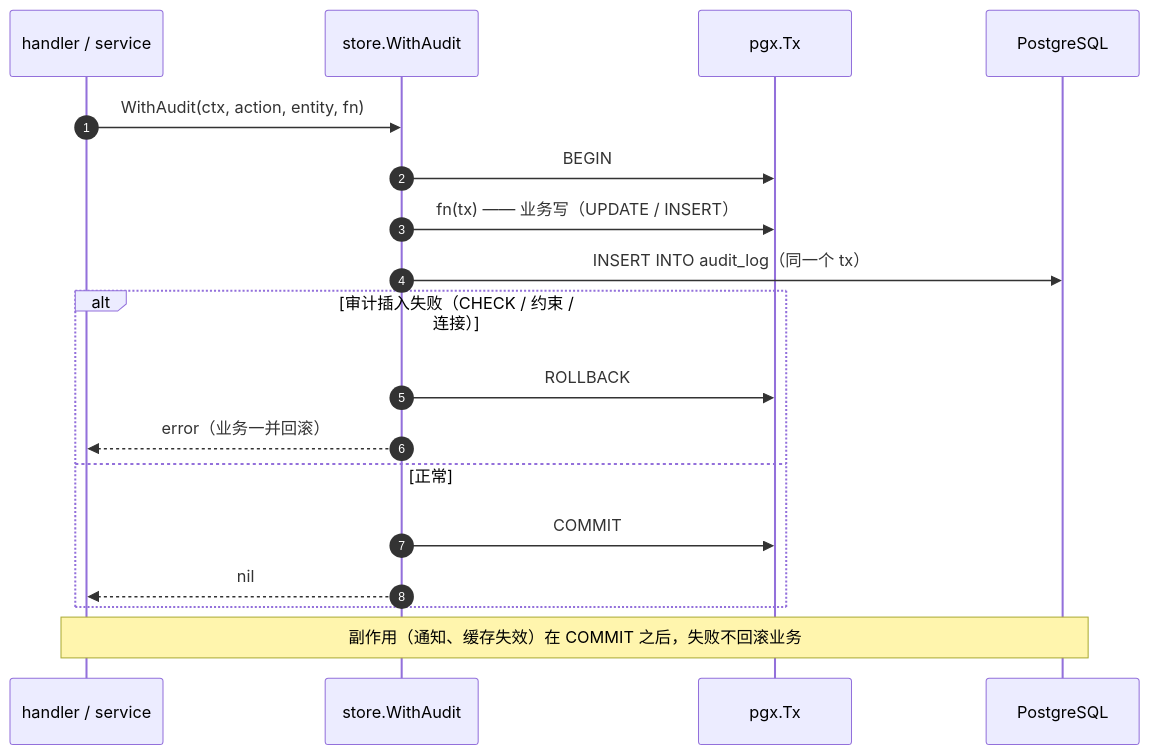
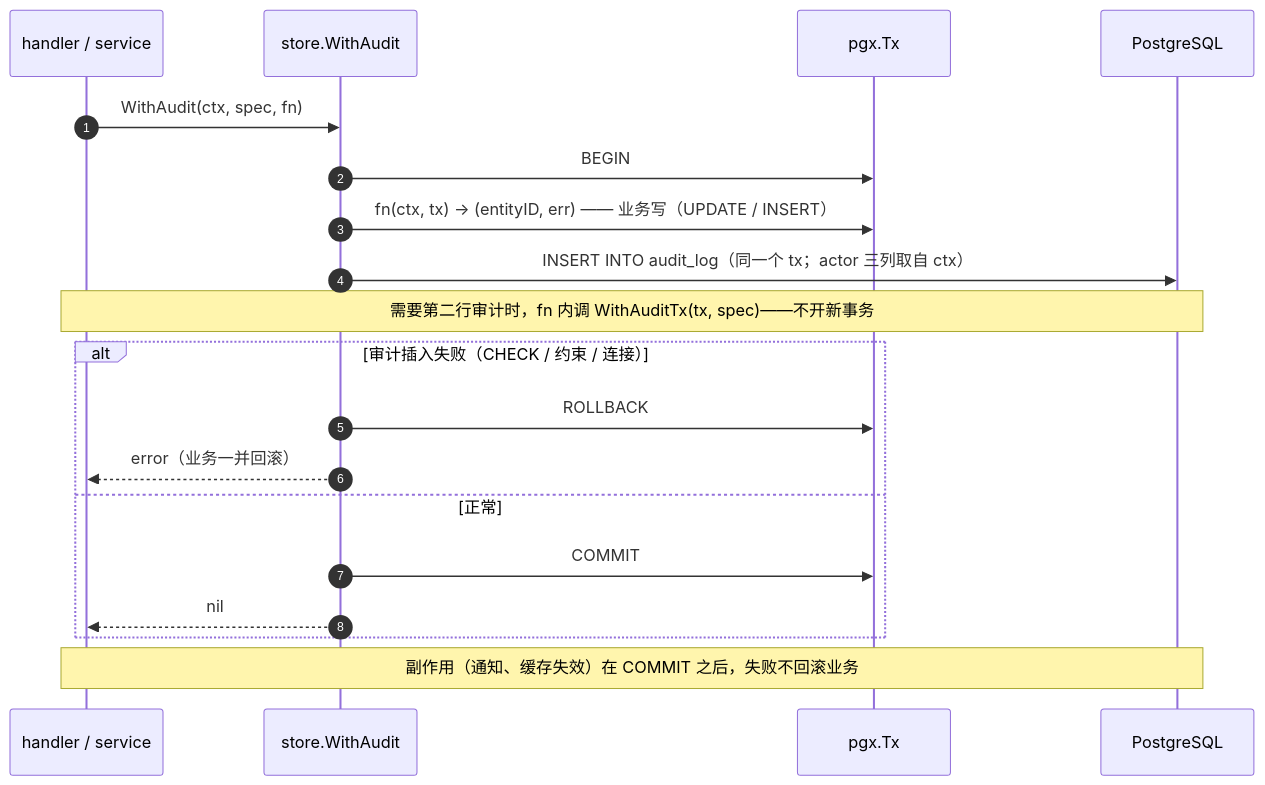
The seventh of 7 diagrams in docs/治理域设计.md (deepdemos/ds-demos-showcase), drawn with Mermaid before and after one commit. The commit also changed other lines of this file, not shown here.

Commit message:
docs: 治理域设计 P0 修正（404 口径 / WithAudit 可组合 / 依赖声明 / demo.rebuild / gc_queue 列 / 审计权限）

````diff
--- a/docs/治理域设计.md
+++ b/docs/治理域设计.md
@@ -694,21 +744,22 @@
 ```mermaid
 sequenceDiagram
     autonumber
     participant H as handler / service
     participant AU as store.WithAudit
     participant TX as pgx.Tx
     participant DB as PostgreSQL
 
-    H->>AU: WithAudit(ctx, action, entity, fn)
+    H->>AU: WithAudit(ctx, spec, fn)
     AU->>TX: BEGIN
-    AU->>TX: fn(tx) —— 业务写（UPDATE / INSERT）
-    AU->>DB: INSERT INTO audit_log（同一个 tx）
+    AU->>TX: fn(ctx, tx) → (entityID, err) —— 业务写（UPDATE / INSERT）
+    AU->>DB: INSERT INTO audit_log（同一个 tx；actor 三列取自 ctx）
+    Note over H,DB: 需要第二行审计时，fn 内调 WithAuditTx(tx, spec)——不开新事务
     alt 审计插入失败（CHECK / 约束 / 连接）
         AU->>TX: ROLLBACK
         AU-->>H: error（业务一并回滚）
     else 正常
         AU->>TX: COMMIT
         AU-->>H: nil
     end
     Note over H,DB: 副作用（通知、缓存失效）在 COMMIT 之后，失败不回滚业务
 ```
````
